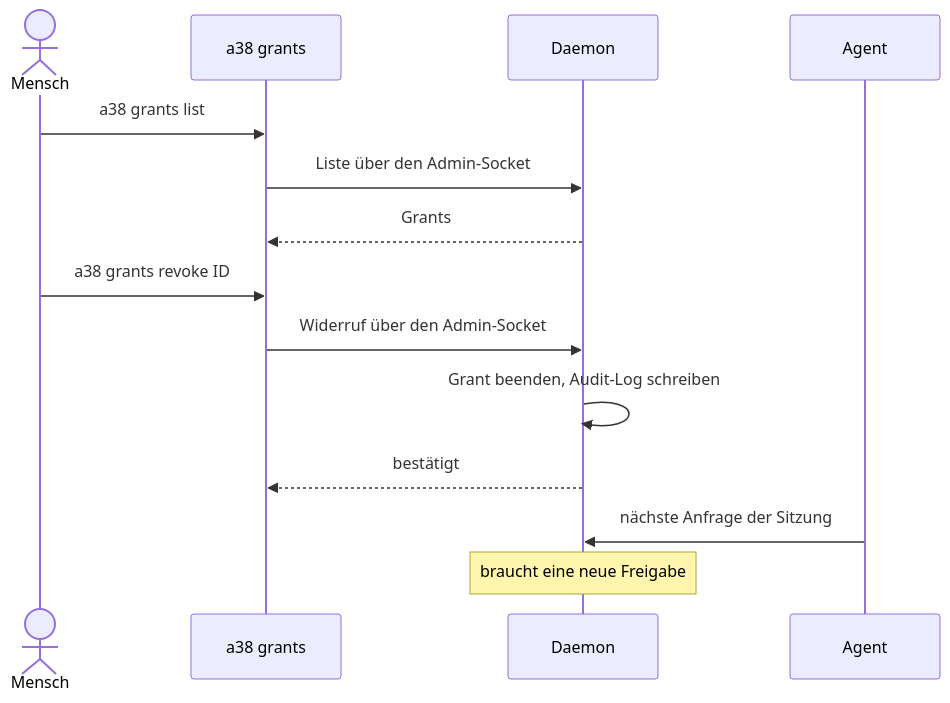
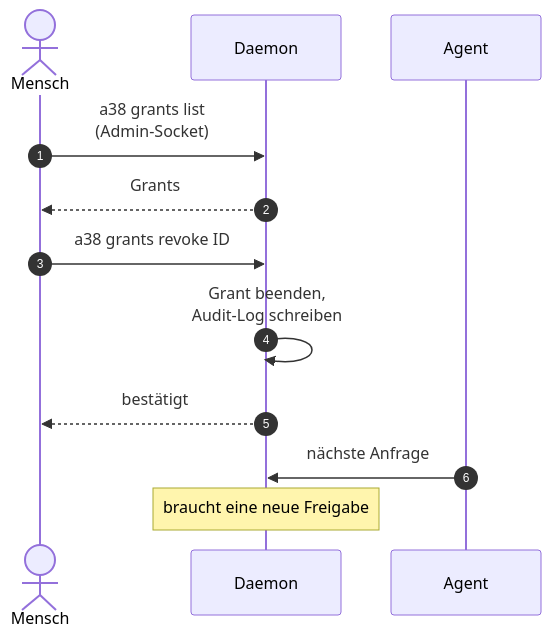
The diagram in docs/design/use-cases/UC7_der-mensch-widerruft-einen-grant.md (seletz/passierschein), drawn with Mermaid before and after one commit. The commit also changed 5 other files, not shown here.

Commit message:
docs(design): show the sequence diagram before the flow text and make it narrower

````diff
--- a/docs/design/use-cases/UC7_der-mensch-widerruft-einen-grant.md
+++ b/docs/design/use-cases/UC7_der-mensch-widerruft-einen-grant.md
@@ -28,16 +21,14 @@
 ```mermaid
 sequenceDiagram
+    autonumber
     actor H as Mensch
-    participant C as a38 grants
     participant D as Daemon
     participant A as Agent
-    H->>C: a38 grants list
-    C->>D: Liste über den Admin-Socket
-    D-->>C: Grants
-    H->>C: a38 grants revoke ID
-    C->>D: Widerruf über den Admin-Socket
-    D->>D: Grant beenden, Audit-Log schreiben
-    D-->>C: bestätigt
-    A->>D: nächste Anfrage der Sitzung
+    H->>D: a38 grants list<br/>(Admin-Socket)
+    D-->>H: Grants
+    H->>D: a38 grants revoke ID
+    D->>D: Grant beenden,<br/>Audit-Log schreiben
+    D-->>H: bestätigt
+    A->>D: nächste Anfrage
     Note over D: braucht eine neue Freigabe
 ```
````
